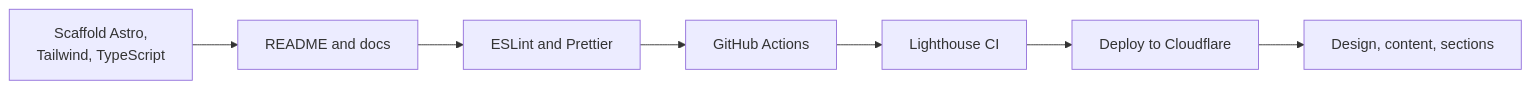
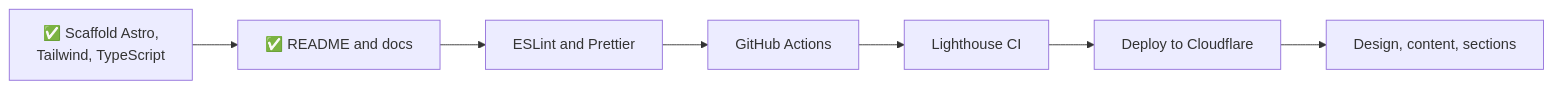
Before and after one commit to FilipRokita/filiprokita.com: the diagram in README.md, drawn with Mermaid. The commit also changed other lines of this file and 3 other files, not shown here.

````diff
--- a/README.md
+++ b/README.md
@@ -81,9 +84,9 @@
 ```mermaid
 flowchart LR
-    A[Scaffold Astro,<br/>Tailwind, TypeScript] --> B[README and docs]
+    A[✅ Scaffold Astro,<br/>Tailwind, TypeScript] --> B[✅ README and docs]
     B --> C[ESLint and Prettier]
     C --> D[GitHub Actions]
     D --> E[Lighthouse CI]
     E --> F[Deploy to Cloudflare]
     F --> G[Design, content, sections]
 ```
````
